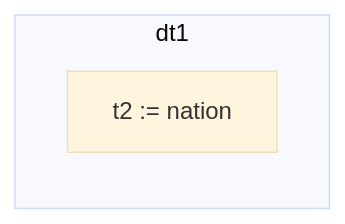
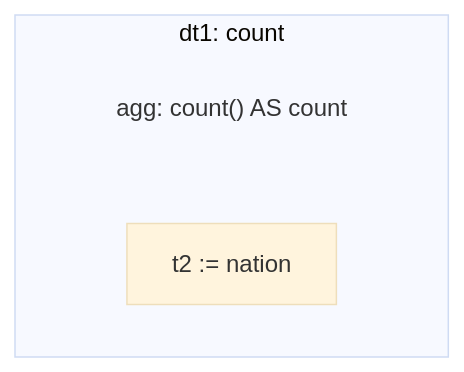
One commit to mbasmanova/verax changed the second of 4 diagrams in axiom/optimizer/README.md. Above: the diagram before and after it, drawn with Mermaid (base theme). The commit also changed other lines of this file and 3 other files, not shown here.

````diff
--- a/axiom/optimizer/README.md
+++ b/axiom/optimizer/README.md
@@ -128,6 +128,9 @@
 ```mermaid
-flowchart LR
-  subgraph dt1
+flowchart TD
+  subgraph dt1["dt1: count"]
+    agg["agg: count() AS count"]:::transparent
     t2["t2 := nation"]
   end
+
+  classDef transparent fill:transparent, stroke-width:0
 ```
````
